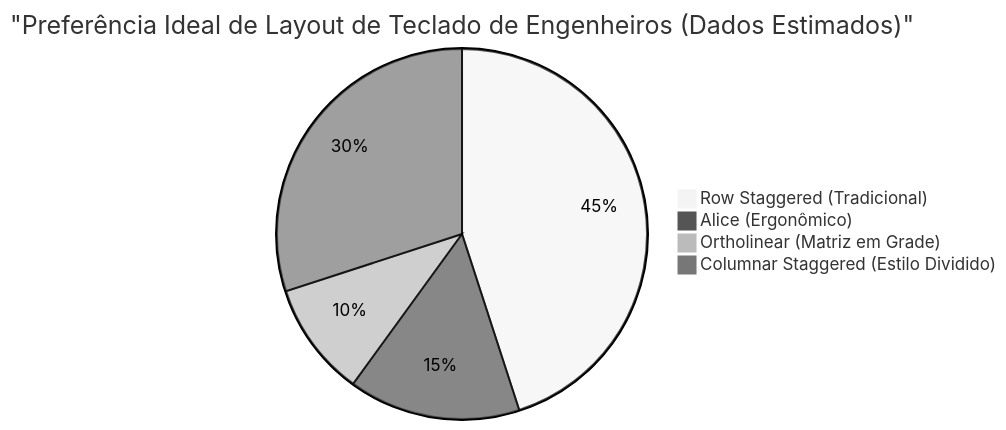
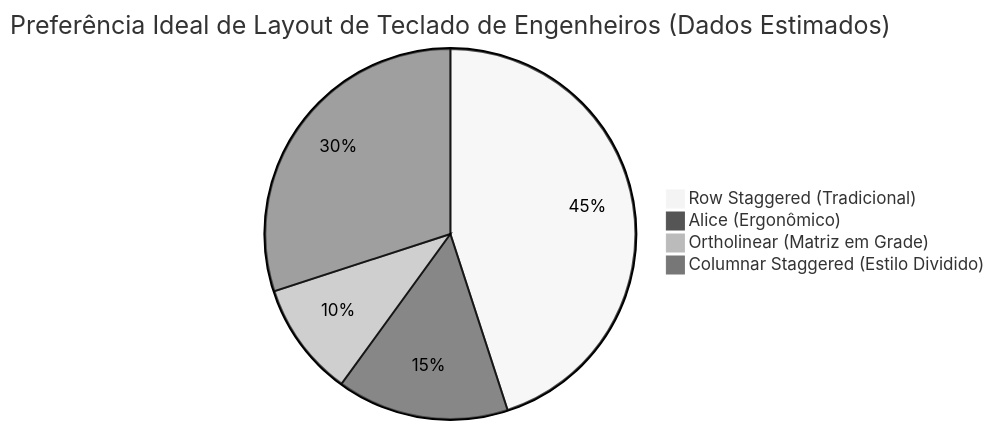
Before and after one commit to kenjinote/blog: the third of 3 diagrams in content/post/mechanical_keyboards/index.pt.md, drawn with Mermaid (neutral theme). The commit also changed other lines of this file and 703 other files, not shown here.

Commit message:
Fix: Remove quotes from Mermaid link texts and timeline definitions to support Mermaid 11.4.1

````diff
--- a/content/post/mechanical_keyboards/index.pt.md
+++ b/content/post/mechanical_keyboards/index.pt.md
@@ -127,7 +127,7 @@
 ```mermaid
-pie title "Preferência Ideal de Layout de Teclado de Engenheiros (Dados Estimados)"
+pie title Preferência Ideal de Layout de Teclado de Engenheiros (Dados Estimados)
     "Row Staggered (Tradicional)" : 45
     "Alice (Ergonômico)" : 15
     "Ortholinear (Matriz em Grade)" : 10
     "Columnar Staggered (Estilo Dividido)" : 30
 ```
````
